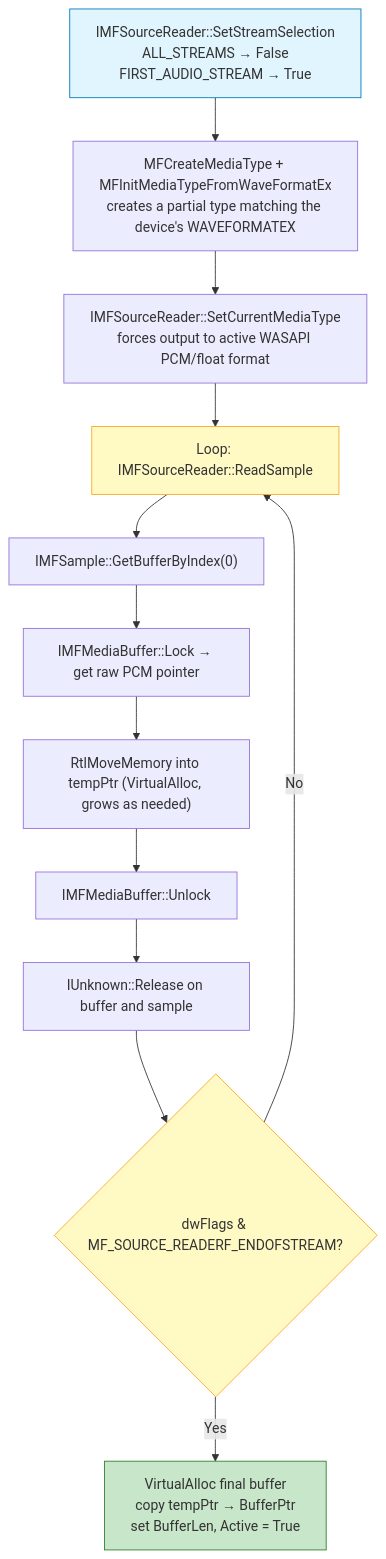
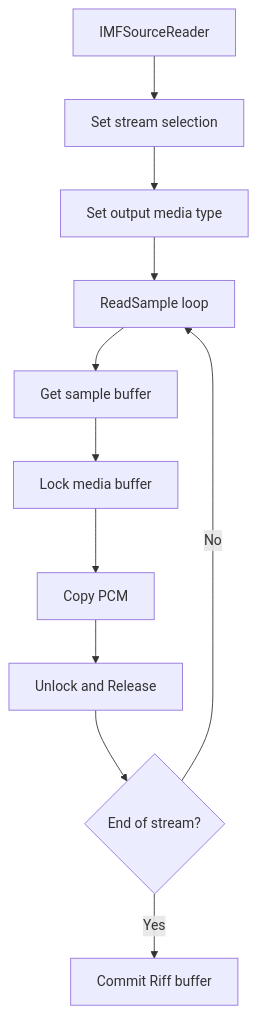
The fifth of 8 diagrams in docs/ARCHITECTURE.md (vbacollective/riff), drawn with Mermaid before and after one commit. The commit also changed other lines of this file, not shown here.

````diff
--- a/docs/ARCHITECTURE.md
+++ b/docs/ARCHITECTURE.md
@@ -272,23 +443,17 @@
 ```mermaid
 graph TD
-    A["IMFSourceReader::SetStreamSelection<br/>ALL_STREAMS → False<br/>FIRST_AUDIO_STREAM → True"]
-    B["MFCreateMediaType + MFInitMediaTypeFromWaveFormatEx<br/>creates a partial type matching the device's WAVEFORMATEX"]
-    C["IMFSourceReader::SetCurrentMediaType<br/>forces output to active WASAPI PCM/float format"]
-    D["Loop: IMFSourceReader::ReadSample"]
-    E["IMFSample::GetBufferByIndex(0)"]
-    F["IMFMediaBuffer::Lock → get raw PCM pointer"]
-    G["RtlMoveMemory into tempPtr (VirtualAlloc, grows as needed)"]
-    H["IMFMediaBuffer::Unlock"]
-    I["IUnknown::Release on buffer and sample"]
-    J{"dwFlags & MF_SOURCE_READERF_ENDOFSTREAM?"}
-    K["VirtualAlloc final buffer<br/>copy tempPtr → BufferPtr<br/>set BufferLen, Active = True"]
+    A["IMFSourceReader"]
+    B["Set stream selection"]
+    C["Set output media type"]
+    D["ReadSample loop"]
+    E["Get sample buffer"]
+    F["Lock media buffer"]
+    G["Copy PCM"]
+    H["Unlock and Release"]
+    I{"End of stream?"}
+    J["Commit Riff buffer"]
 
-    A --> B --> C --> D --> E --> F --> G --> H --> I --> J
-    J -- No --> D
-    J -- Yes --> K
-
-    style A fill:#e1f5fe,stroke:#0277bd
-    style D fill:#fff9c4,stroke:#f9a825
-    style J fill:#fff9c4,stroke:#f9a825
-    style K fill:#c8e6c9,stroke:#2e7d32
+    A --> B --> C --> D --> E --> F --> G --> H --> I
+    I -- No --> D
+    I -- Yes --> J
 ```
````
